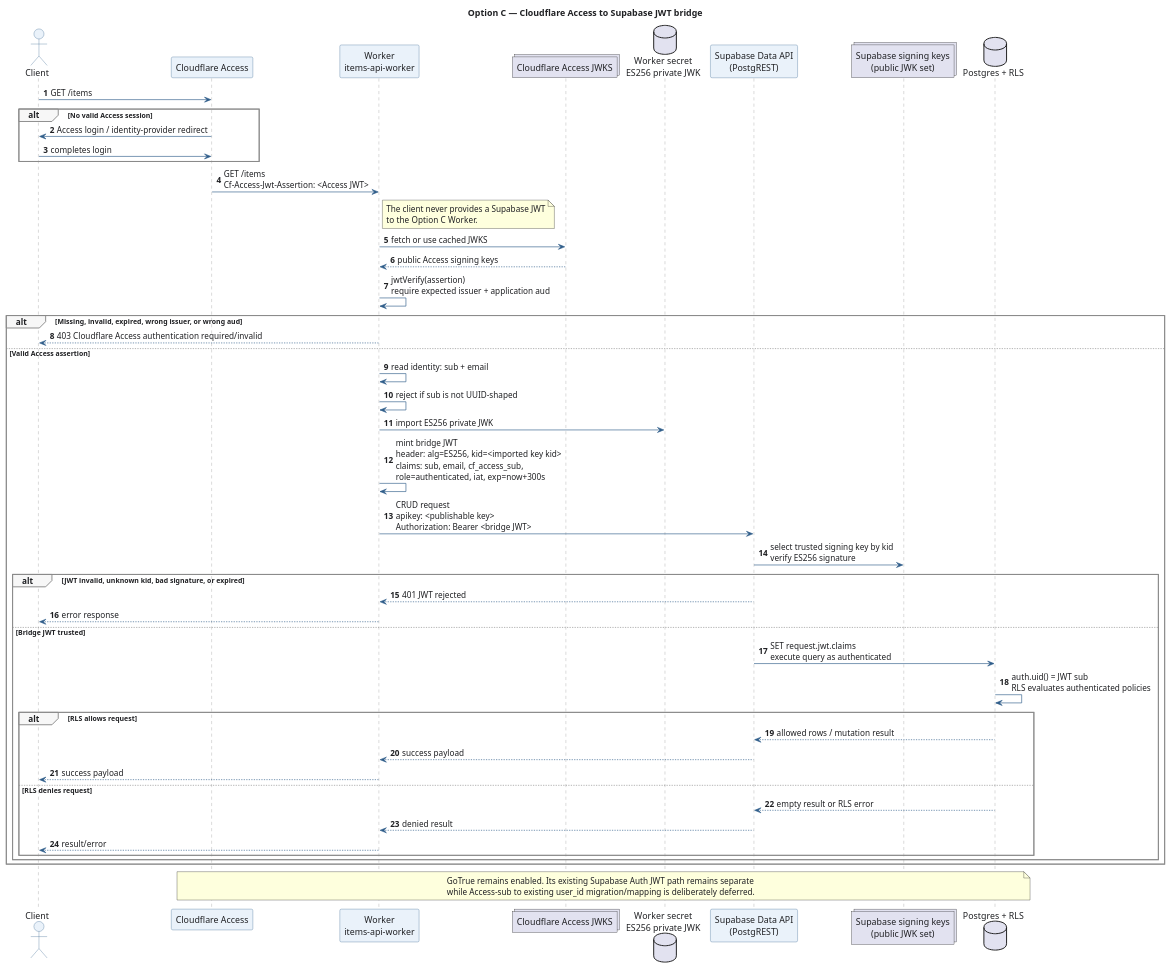
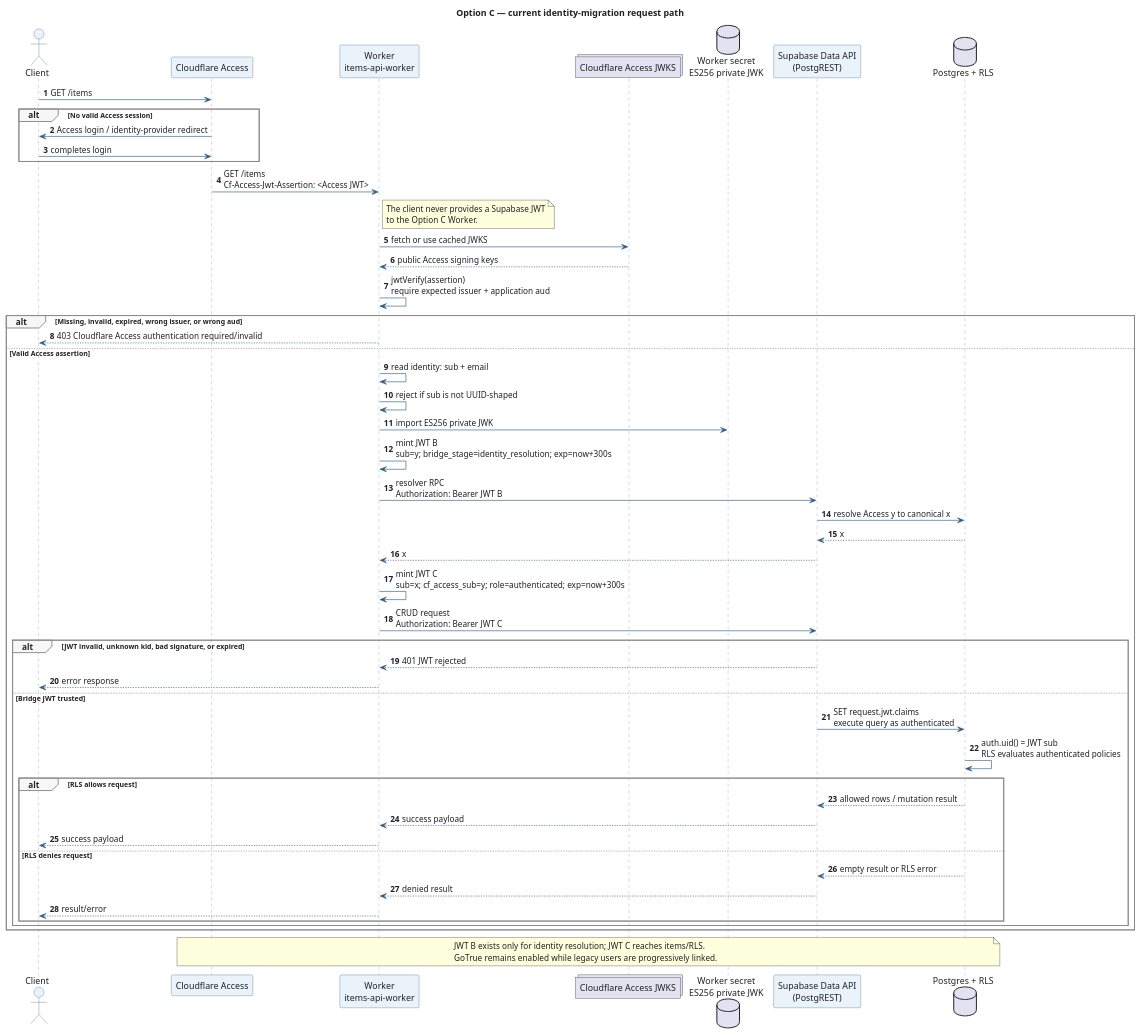
One commit to yuyutsuk/supa changed the diagram in docs/diagrams/option-c-auth-sequence.puml. Above: the diagram before and after it, drawn with PlantUML. The commit also changed 8 other files, not shown here.

```diff
--- a/docs/diagrams/option-c-auth-sequence.puml
+++ b/docs/diagrams/option-c-auth-sequence.puml
@@ -1,81 +1,84 @@
 @startuml
-title Option C — Cloudflare Access to Supabase JWT bridge
+title Option C — current identity-migration request path
 autonumber
 
 skinparam backgroundColor #FFFFFF
 skinparam defaultFontColor #202124
 skinparam sequence {
   ArrowColor #2F5D8A
   LifeLineBorderColor #8A8A8A
   LifeLineBackgroundColor #FFFFFF
   ParticipantBorderColor #2F5D8A
   ParticipantBackgroundColor #EAF2FA
   ParticipantFontColor #202124
   ActorBorderColor #2F5D8A
   ActorBackgroundColor #EAF2FA
   ActorFontColor #202124
   GroupBorderColor #8A8A8A
   GroupBackgroundColor #F7F7F7
   GroupFontColor #202124
 }
 
 actor Client
 participant "Cloudflare Access" as Access
 participant "Worker\nitems-api-worker" as Worker
 collections "Cloudflare Access JWKS" as AccessJWKS
 database "Worker secret\nES256 private JWK" as WorkerKey
 participant "Supabase Data API\n(PostgREST)" as DataAPI
-collections "Supabase signing keys\n(public JWK set)" as SupabaseKeys
 database "Postgres + RLS" as DB
 
 Client -> Access: GET /items
 
 alt No valid Access session
   Access -> Client: Access login / identity-provider redirect
   Client -> Access: completes login
 end
 
 Access -> Worker: GET /items\nCf-Access-Jwt-Assertion: <Access JWT>
 note right of Worker
 The client never provides a Supabase JWT
 to the Option C Worker.
 end note
 
 Worker -> AccessJWKS: fetch or use cached JWKS
 AccessJWKS --> Worker: public Access signing keys
 Worker -> Worker: jwtVerify(assertion)\nrequire expected issuer + application aud
 
 alt Missing, invalid, expired, wrong issuer, or wrong aud
   Worker --> Client: 403 Cloudflare Access authentication required/invalid
 else Valid Access assertion
   Worker -> Worker: read identity: sub + email
   Worker -> Worker: reject if sub is not UUID-shaped
   Worker -> WorkerKey: import ES256 private JWK
-  Worker -> Worker: mint bridge JWT\nheader: alg=ES256, kid=<imported key kid>\nclaims: sub, email, cf_access_sub,\nrole=authenticated, iat, exp=now+300s
-  Worker -> DataAPI: CRUD request\napikey: <publishable key>\nAuthorization: Bearer <bridge JWT>
-  DataAPI -> SupabaseKeys: select trusted signing key by kid\nverify ES256 signature
+  Worker -> Worker: mint JWT B\nsub=y; bridge_stage=identity_resolution; exp=now+300s
+  Worker -> DataAPI: resolver RPC\nAuthorization: Bearer JWT B
+  DataAPI -> DB: resolve Access y to canonical x
+  DB --> DataAPI: x
+  DataAPI --> Worker: x
+  Worker -> Worker: mint JWT C\nsub=x; cf_access_sub=y; role=authenticated; exp=now+300s
+  Worker -> DataAPI: CRUD request\nAuthorization: Bearer JWT C
 
   alt JWT invalid, unknown kid, bad signature, or expired
     DataAPI --> Worker: 401 JWT rejected
     Worker --> Client: error response
   else Bridge JWT trusted
     DataAPI -> DB: SET request.jwt.claims\nexecute query as authenticated
     DB -> DB: auth.uid() = JWT sub\nRLS evaluates authenticated policies
 
     alt RLS allows request
       DB --> DataAPI: allowed rows / mutation result
       DataAPI --> Worker: success payload
       Worker --> Client: success payload
     else RLS denies request
       DB --> DataAPI: empty result or RLS error
       DataAPI --> Worker: denied result
       Worker --> Client: result/error
     end
   end
 end
 
 note over Access,DB
-GoTrue remains enabled. Its existing Supabase Auth JWT path remains separate
-while Access-sub to existing user_id migration/mapping is deliberately deferred.
+JWT B exists only for identity resolution; JWT C reaches items/RLS.
+GoTrue remains enabled while legacy users are progressively linked.
 end note
 @enduml
```
